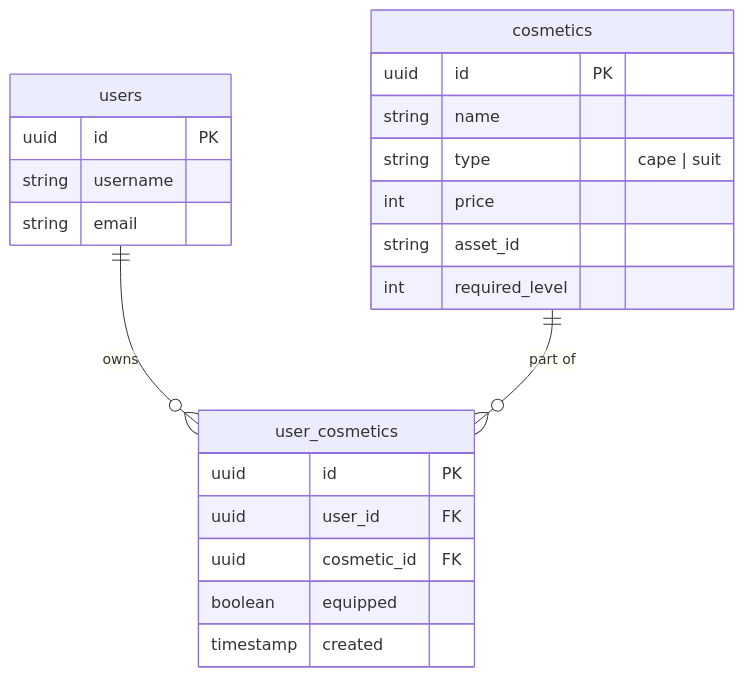
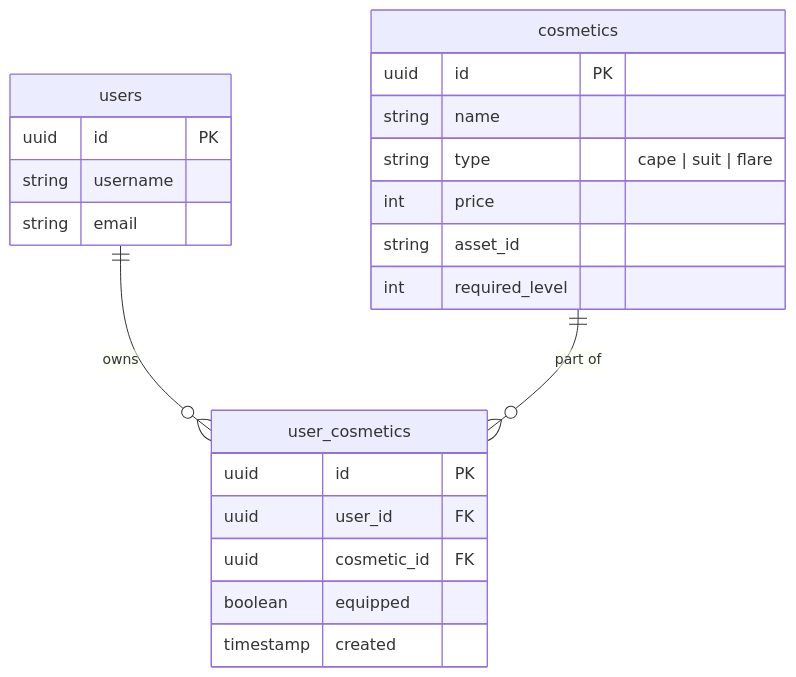
One commit to webstartapp/mathematador changed the diagram in docs/game_proposal.md. Above: the diagram before and after it, drawn with Mermaid. The commit also changed other lines of this file, not shown here.

Commit message:
docs: resolve PR review comments on flares cosmetic type and dynamic balance concurrency

````diff
--- a/docs/game_proposal.md
+++ b/docs/game_proposal.md
@@ -67,25 +67,25 @@
 ```mermaid
 erDiagram
     users ||--o{ user_cosmetics : owns
     cosmetics ||--o{ user_cosmetics : "part of"
     users {
         uuid id PK
         string username
         string email
     }
     cosmetics {
         uuid id PK
         string name
-        string type "cape | suit"
+        string type "cape | suit | flare"
         int price
         string asset_id
         int required_level
     }
     user_cosmetics {
         uuid id PK
         uuid user_id FK
         uuid cosmetic_id FK
         boolean equipped
         timestamp created
     }
 ```
````
